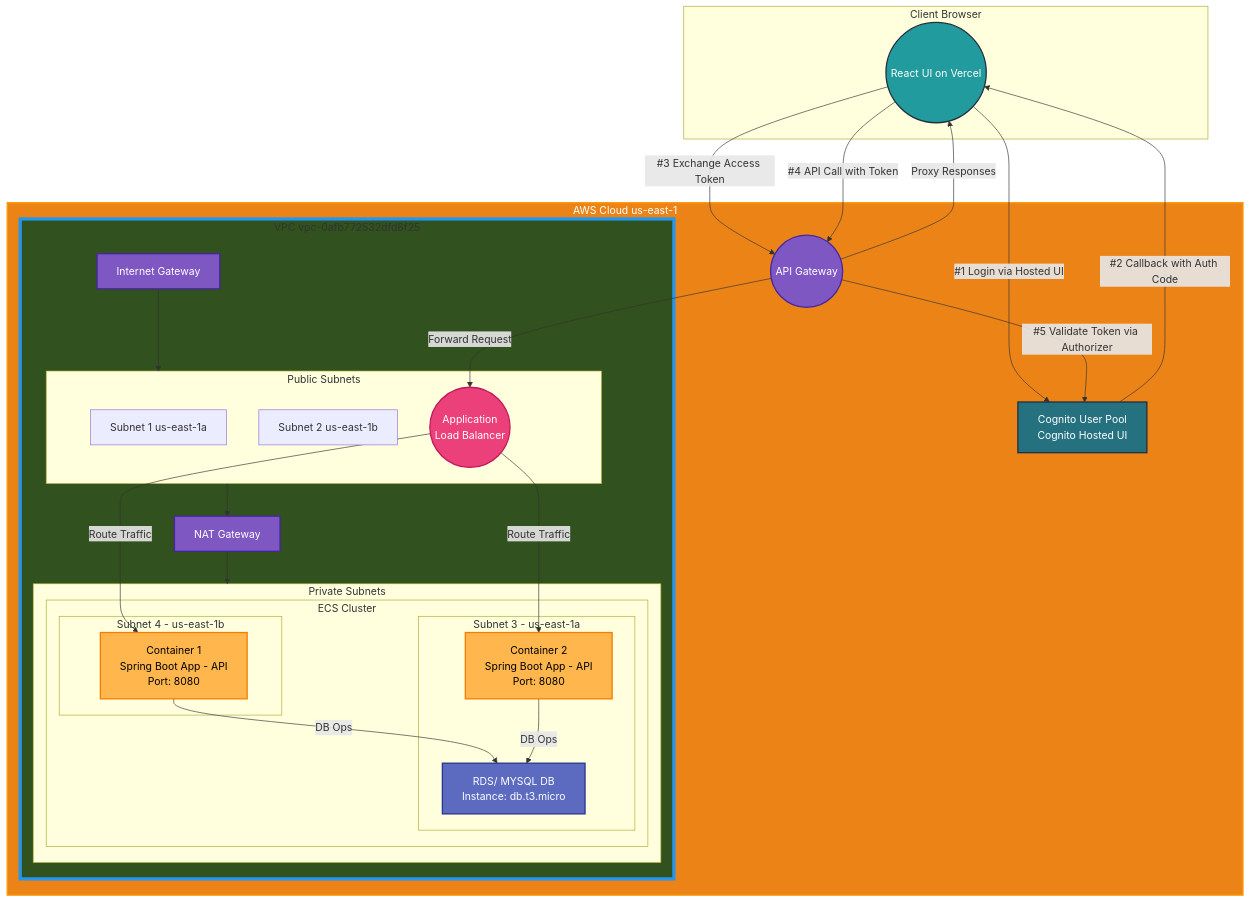
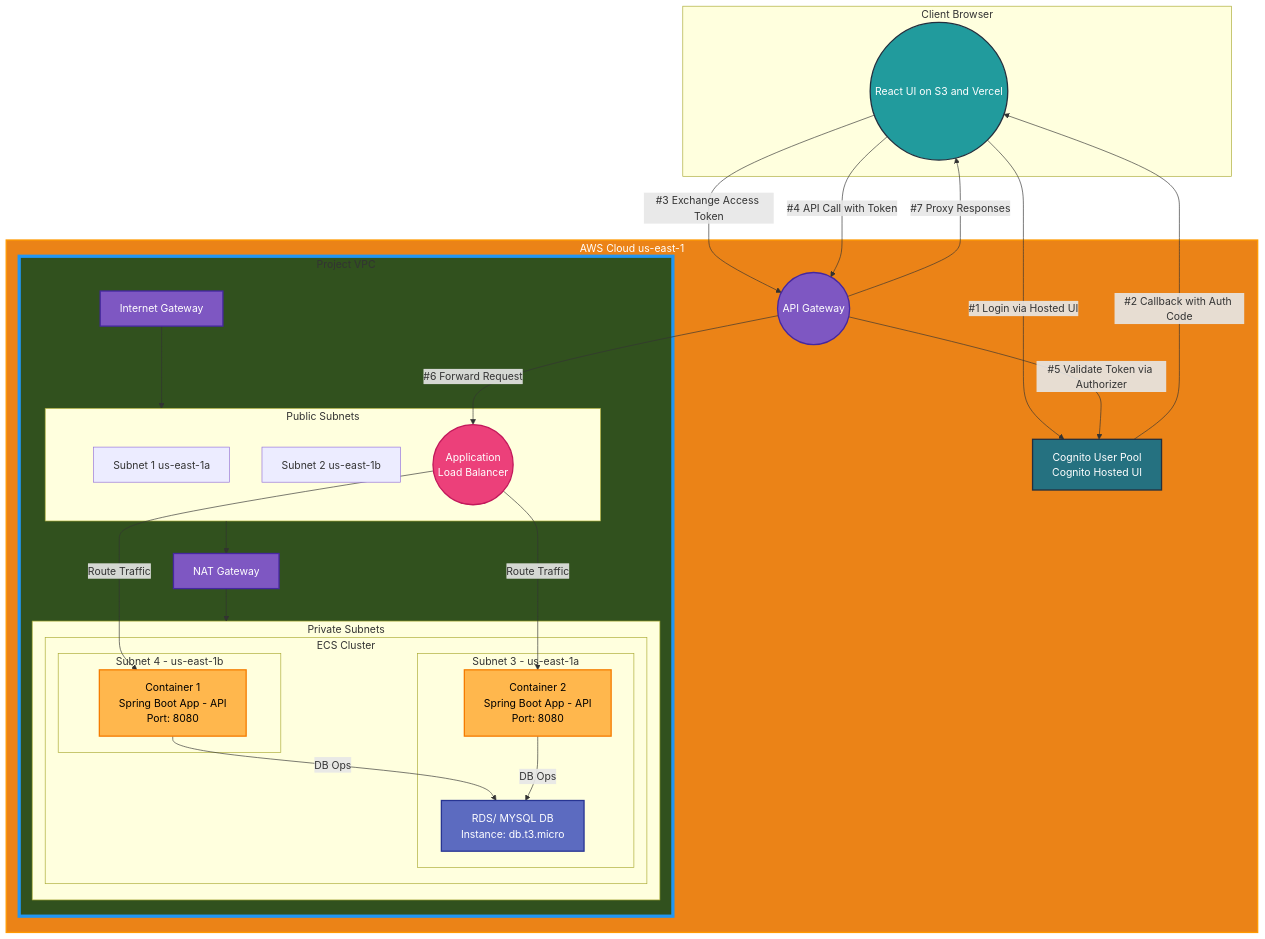
Before and after one commit to ilkeratik/todo-app-ui: the diagram in README.md, drawn with Mermaid. The commit also changed other lines of this file, not shown here.

````diff
--- a/README.md
+++ b/README.md
@@ -6,74 +54,74 @@
 ```mermaid
 graph TB
     %% Style definitions
     classDef aws fill:#EB8317,stroke:#FF9900,color:white,stroke-width:2px
     classDef vpc fill:#31511E,stroke:#2196F3,stroke-width:5px
     classDef subnet fill:#BBDEFB,stroke:#1976D2,stroke-width:2px
     classDef rds fill:#5C6BC0,stroke:#283593,color:white,stroke-width:2px
     classDef container fill:#FFB74D,stroke:#F57C00,color:black,stroke-width:2px
     classDef alb fill:#EC407A,stroke:#C2185B,color:white,stroke-width:2px
     classDef gateway fill:#7E57C2,stroke:#4527A0,color:white,stroke-width:2px
     classDef cognito fill:#257180,stroke:#232F3E,color:white,stroke-width:2px
     classDef ui fill:#219B9D,stroke:#232F3E,color:white,stroke-width:2px
 
     subgraph CLIENT[Client Browser]
-        REACTUI((React UI on Vercel))
+        REACTUI((React UI on S3 and Vercel))
     end
 
     subgraph AWS[AWS Cloud us-east-1]
         APIGW((API Gateway))
         COGNITO[Cognito User Pool <br> Cognito Hosted UI]
         
-        subgraph VPC[VPC vpc-0afb772532dfd6f25]
+        subgraph VPC[Project VPC]
             subgraph PUBLIC[Public Subnets]
                 PS1[Subnet 1 us-east-1a]
                 PS2[Subnet 2 us-east-1b]
                 ALB((Application <br>Load Balancer))
             end
             subgraph PRIVATE[Private Subnets]
                 subgraph ECS[ECS Cluster]
                     subgraph PRS2[Subnet 3 - us-east-1a]
                         DB[RDS/ MYSQL DB<br/>Instance: db.t3.micro]
                         TASK2[Container 2<br/>Spring Boot App - API <br/> Port: 8080]
                     end      
                     subgraph PRS1[Subnet 4 - us-east-1b]
                         TASK1[Container 1<br/>Spring Boot App - API <br/> Port: 8080]
                     end   
                 end
             end
             IGW[Internet Gateway]
             NAT[NAT Gateway]
         end
     end
 
     %% Authentication Flow
     REACTUI -->|#1 Login via Hosted UI| COGNITO
     COGNITO -->|#2 Callback with Auth Code| REACTUI
     REACTUI -->|#3 Exchange Access Token| APIGW
     REACTUI -->|#4 API Call with Token| APIGW
     APIGW -->|#5 Validate Token via Authorizer| COGNITO
     
     %% Application Flow
-    APIGW -->|Proxy Responses| REACTUI
-    APIGW -->|Forward Request| ALB
+    APIGW -->|#6 Forward Request| ALB
+    APIGW -->|#7 Proxy Responses| REACTUI
     ALB -->|Route Traffic| TASK1
     ALB -->|Route Traffic| TASK2
     TASK1 -->|DB Ops| DB
     TASK2 -->|DB Ops| DB
     
     %% Network Flow
     IGW --> PUBLIC
     NAT --> PRIVATE
     PUBLIC --> NAT
 
     %% Apply styles
     class AWS aws
     class REACTUI ui
     class COGNITO cognito
     class APIGW gateway
     class VPC vpc
     class ALB alb
     class TASK1,TASK2 container
     class DB rds
     class IGW,NAT gateway
 ```
````
